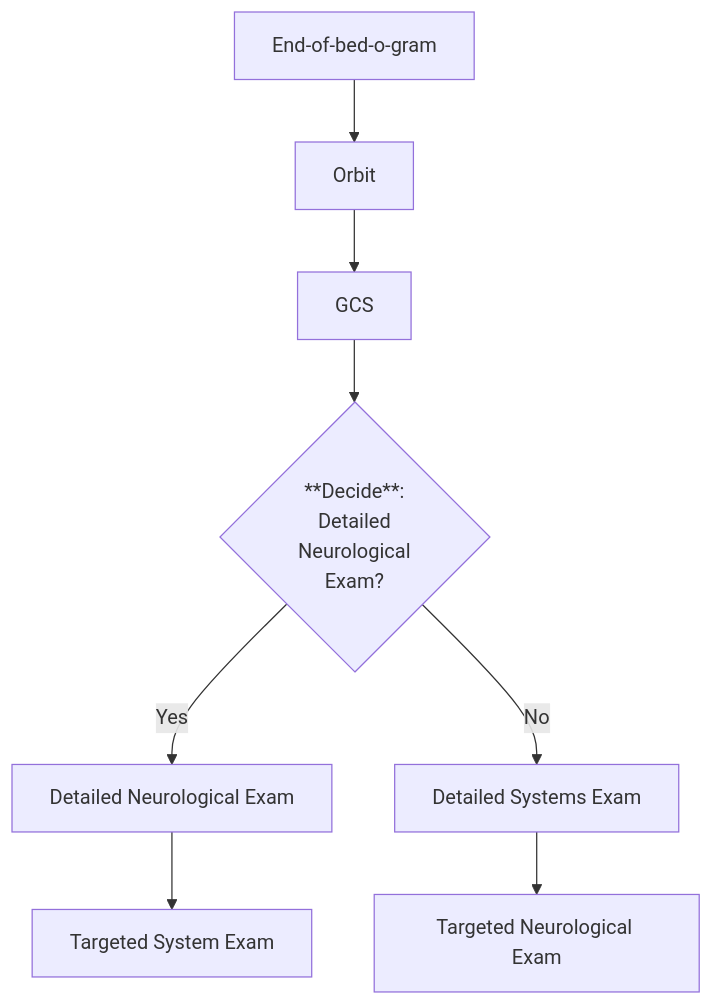
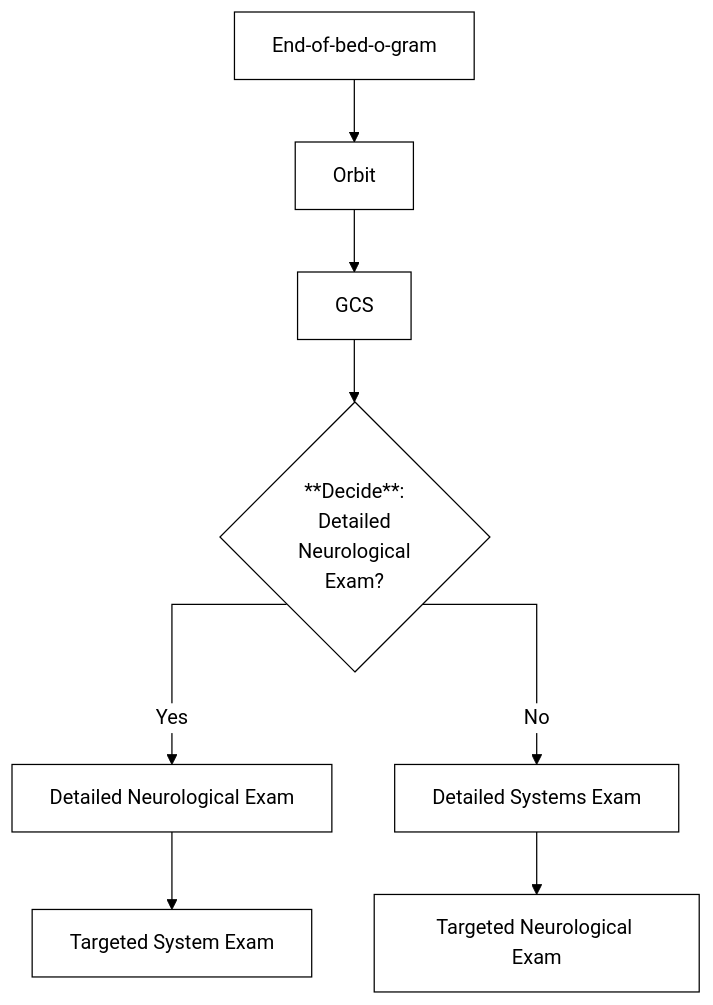
One commit to cjdbarlow/bedside-notebook changed the diagram in cicm.qmd. Above: the diagram before and after it, drawn with Mermaid. The commit also changed 4 other files, not shown here.

First line of the commit message:
remove mermaid styling

````diff
--- a/cicm.qmd
+++ b/cicm.qmd
@@ -233,12 +233,28 @@
 ```{mermaid}
+%%| fig-width: 100%
+%%| fig-height: 100%
+
+%%{ init: {
+    'flowchart': { 'curve': 'stepAfter', 'useMaxWidth': 'true'},
+    'theme': 'base',
+    'themeVariables': {
+        'primaryColor': '#ffffff',
+        'primaryTextColor': '#000000',
+        'primaryBorderColor': '#000000',
+        'lineColor': '#000000',
+        'tertiaryColor': '#fff'
+        }
+    }
+}%%
+
 flowchart TD
     A[End-of-bed-o-gram] --> B[Orbit]
     B --> C[GCS]
     C --> D{"**Decide**:
     Detailed
     Neurological
     Exam?"}
 
     D -- Yes --> F[Detailed Neurological Exam] --> H[Targeted System Exam]
     D -- No --> G[Detailed Systems Exam] --> I[Targeted Neurological Exam]
 ```
````
